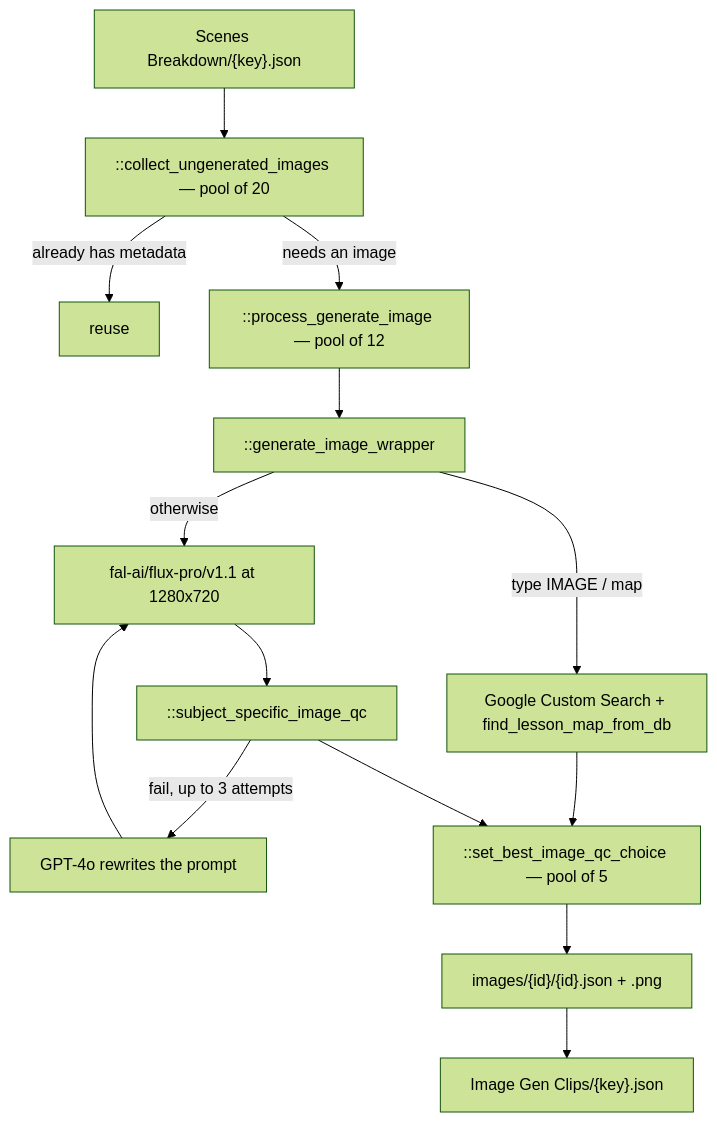
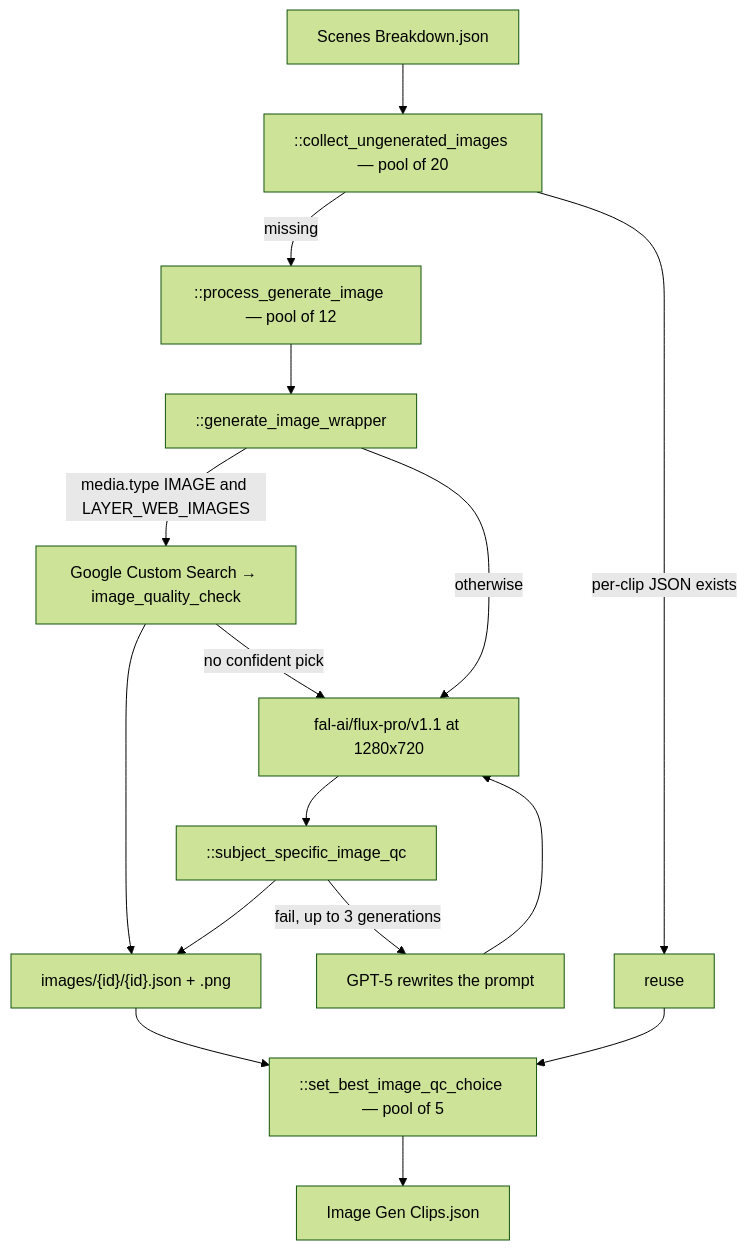
The diagram in generation/docs/architecture/08-images.md (BekhruzT/Stele), drawn with Mermaid (forest theme) before and after one commit. The commit also changed other lines of this file and 18 other files, not shown here.

````diff
--- a/generation/docs/architecture/08-images.md
+++ b/generation/docs/architecture/08-images.md
@@ -48,16 +45,18 @@
 ```mermaid
 flowchart TD
-  Clips["Scenes Breakdown/{key}.json"] --> Collect["::collect_ungenerated_images — pool of 20"]
-  Collect -->|"already has metadata"| Have["reuse"]
-  Collect -->|"needs an image"| Gen["::process_generate_image — pool of 12"]
+  Clips["Scenes Breakdown.json"] --> Collect["::collect_ungenerated_images — pool of 20"]
+  Collect -->|"per-clip JSON exists"| Have["reuse"]
+  Collect -->|"missing"| Gen["::process_generate_image — pool of 12"]
   Gen --> Wrap["::generate_image_wrapper"]
-  Wrap -->|"type IMAGE / map"| Web["Google Custom Search + find_lesson_map_from_db"]
+  Wrap -->|"media.type IMAGE and LAYER_WEB_IMAGES"| Web["Google Custom Search → image_quality_check"]
+  Web -->|"no confident pick"| Flux
   Wrap -->|"otherwise"| Flux["fal-ai/flux-pro/v1.1 at 1280x720"]
   Flux --> QC["::subject_specific_image_qc"]
-  QC -->|"fail, up to 3 attempts"| Rewrite["GPT-4o rewrites the prompt"]
+  QC -->|"fail, up to 3 generations"| Rewrite["GPT-5 rewrites the prompt"]
   Rewrite --> Flux
-  Web --> Pick["::set_best_image_qc_choice — pool of 5"]
-  QC --> Pick
-  Pick --> PerClip["images/{id}/{id}.json + .png"]
-  PerClip --> Agg["Image Gen Clips/{key}.json"]
+  Web --> PerClip["images/{id}/{id}.json + .png"]
+  QC --> PerClip
+  PerClip --> Pick["::set_best_image_qc_choice — pool of 5"]
+  Have --> Pick
+  Pick --> Agg["Image Gen Clips.json"]
 ```
````
